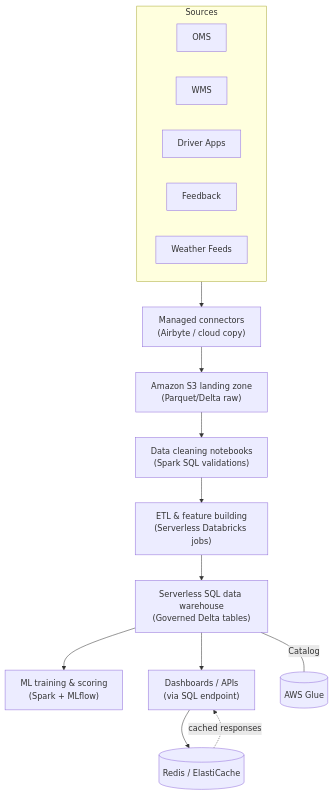
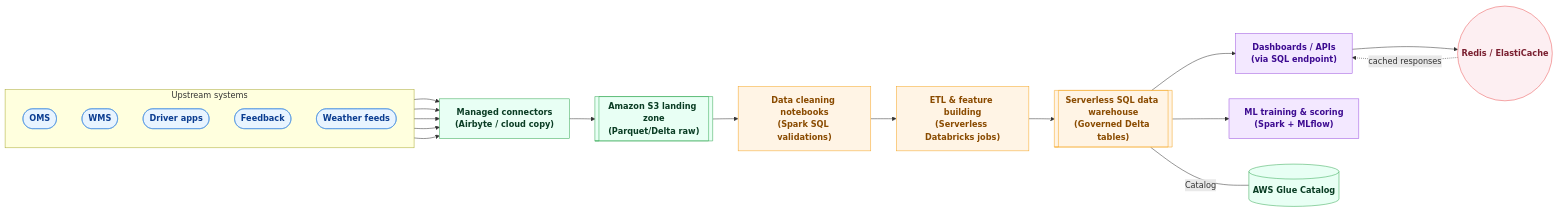
Before and after one commit to dinkarkumardk/3rdAssignment: the first of 3 diagrams in SCALABILITY_AND_DATA_PLATFORM_STRATEGY.md, drawn with Mermaid. The commit also changed other lines of this file, not shown here.

````diff
--- a/SCALABILITY_AND_DATA_PLATFORM_STRATEGY.md
+++ b/SCALABILITY_AND_DATA_PLATFORM_STRATEGY.md
@@ -31,27 +31,52 @@
 ```mermaid
-flowchart TB
-	subgraph Sources
-		OMS[OMS]
-		WMS[WMS]
-		Driver[Driver Apps]
-		Feedback[Feedback]
-		Weather[Weather Feeds]
+flowchart LR
+	classDef source fill:#e8f4ff,stroke:#4a90e2,stroke-width:1px,color:#0b3d91,font-weight:600;
+	classDef landing fill:#e8fff4,stroke:#34a853,stroke-width:1px,color:#0a3d24,font-weight:600;
+	classDef processing fill:#fff4e5,stroke:#f6a623,stroke-width:1px,color:#8a4b00,font-weight:600;
+	classDef serving fill:#f3e8ff,stroke:#9b51e0,stroke-width:1px,color:#3d0b91,font-weight:600;
+	classDef cache fill:#fdeff2,stroke:#eb5757,stroke-width:1px,color:#7a1f30,font-weight:600;
+
+	subgraph Upstream [Upstream systems]
+		direction TB
+		OMS([OMS])
+		WMS([WMS])
+		Driver([Driver apps])
+		Feedback([Feedback])
+		Weather([Weather feeds])
 	end
 
 	Ingest["Managed connectors<br/>(Airbyte / cloud copy)"]
-	Landing["Amazon S3 landing zone<br/>(Parquet/Delta raw)"]
+	Landing[["Amazon S3 landing zone<br/>(Parquet/Delta raw)"]]
 	Cleaning["Data cleaning notebooks<br/>(Spark SQL validations)"]
 	ETL["ETL & feature building<br/>(Serverless Databricks jobs)"]
-	DataWarehouse["Serverless SQL data warehouse<br/>(Governed Delta tables)"]
+	DataWarehouse[["Serverless SQL data warehouse<br/>(Governed Delta tables)"]]
+	Dashboards["Dashboards / APIs<br/>(via SQL endpoint)"]
 	ML["ML training & scoring<br/>(Spark + MLflow)"]
-	Dashboards["Dashboards / APIs<br/>(via SQL endpoint)"]
-	Redis[(Redis / ElastiCache)]
+	Redis((Redis / ElastiCache))
+	Glue[(AWS Glue Catalog)]
 
-	Sources --> Ingest --> Landing
+	OMS --> Ingest
+	WMS --> Ingest
+	Driver --> Ingest
+	Feedback --> Ingest
+	Weather --> Ingest
+
+	Ingest --> Landing
 	Landing --> Cleaning --> ETL --> DataWarehouse
 	DataWarehouse --> Dashboards
 	DataWarehouse --> ML
 	Dashboards --> Redis
 	Redis -. cached responses .-> Dashboards
-	DataWarehouse --- |Catalog| Glue[(AWS Glue)]
+	DataWarehouse --- |Catalog| Glue
+
+	class OMS,WMS,Driver,Feedback,Weather source;
+	class Ingest landing;
+	class Landing landing;
+	class Cleaning processing;
+	class ETL processing;
+	class DataWarehouse processing;
+	class Dashboards serving;
+	class ML serving;
+	class Redis cache;
+	class Glue landing;
 ```
````
